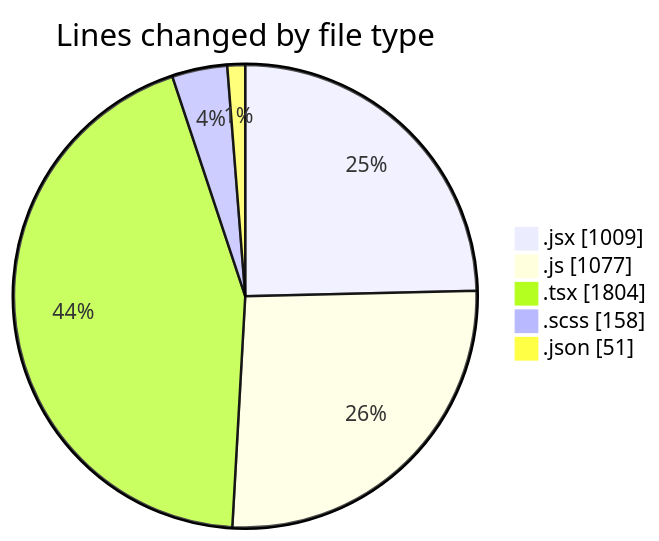
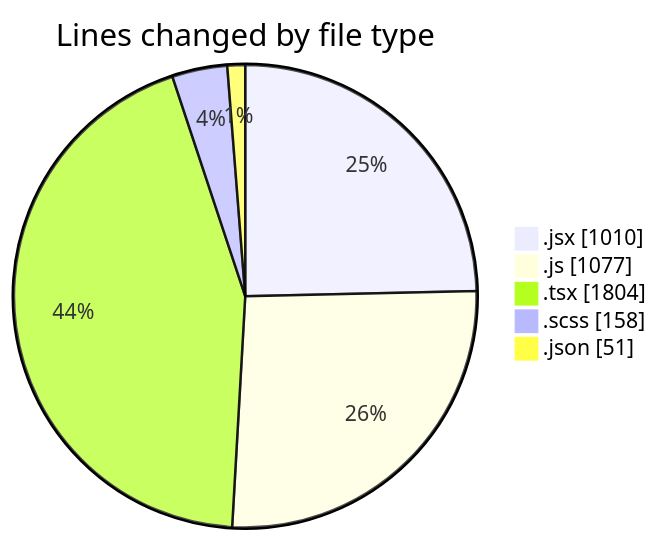
Before and after one commit to momahboobian/code-tracking: the first of 2 diagrams in 2026-02-12/cda/README.md, drawn with Mermaid. The commit also changed other lines of this file and 1 other file, not shown here.

````diff
--- a/2026-02-12/cda/README.md
+++ b/2026-02-12/cda/README.md
@@ -38,9 +39,9 @@
 ```mermaid
 pie showData
 title Lines changed by file type
-".jsx" : 1009
+".jsx" : 1010
 ".js" : 1077
 ".tsx" : 1804
 ".scss" : 158
 ".json" : 51
 ```
````
